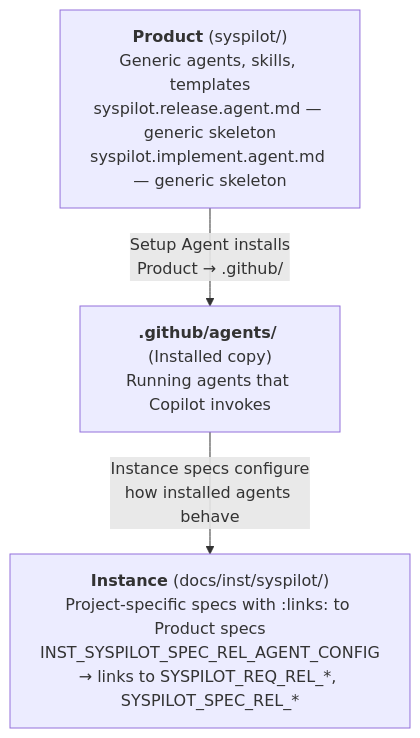
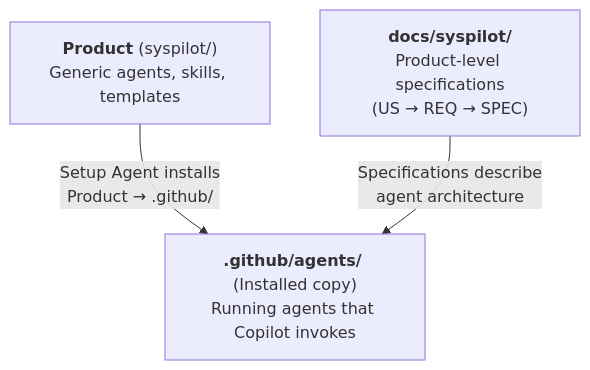
The diagram in docs/architecture.md (enthali/syspilot), drawn with Mermaid before and after one commit. The commit also changed other lines of this file and 169 other files, not shown here.

Commit message:
release: v0.5.0 - Agent Architecture v2 (CR1-CR14)

````diff
--- a/docs/architecture.md
+++ b/docs/architecture.md
@@ -103,9 +72,9 @@
 ```{mermaid}
 flowchart TD
-    P["<b>Product</b> (syspilot/)<br/>Generic agents, skills, templates<br/>syspilot.release.agent.md — generic skeleton<br/>syspilot.implement.agent.md — generic skeleton"]
+    P["<b>Product</b> (syspilot/)<br/>Generic agents, skills, templates"]
     G["<b>.github/agents/</b> (Installed copy)<br/>Running agents that Copilot invokes"]
-    I["<b>Instance</b> (docs/inst/syspilot/)<br/>Project-specific specs with :links: to Product specs<br/>INST_SYSPILOT_SPEC_REL_AGENT_CONFIG<br/>→ links to SYSPILOT_REQ_REL_*, SYSPILOT_SPEC_REL_*"]
+    S["<b>docs/syspilot/</b><br/>Product-level specifications<br/>(US → REQ → SPEC)"]
 
     P -- "Setup Agent installs<br/>Product → .github/" --> G
-    G -- "Instance specs configure<br/>how installed agents behave" --> I
+    S -- "Specifications describe<br/>agent architecture" --> G
 ```
````
